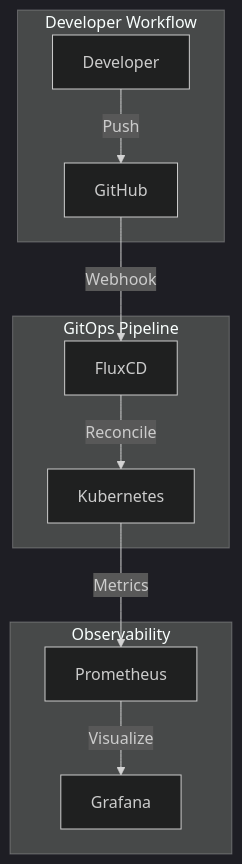
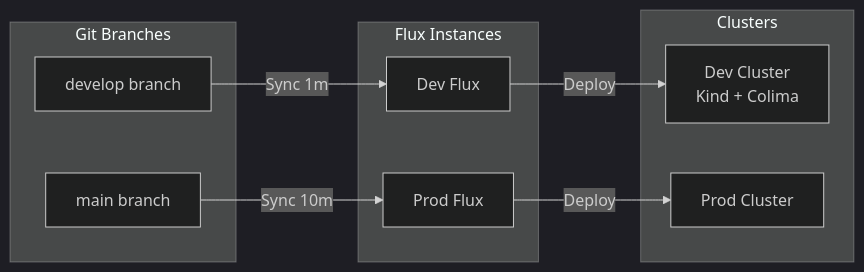
One commit to JiwooL0920/jiwool0920.github.io changed the second of 4 diagrams in docs/projects/fleet-infra/architecture.md. Above: the diagram before and after it, drawn with Mermaid (dark theme). The commit also changed other lines of this file and 3 other files, not shown here.

````diff
--- a/docs/projects/fleet-infra/architecture.md
+++ b/docs/projects/fleet-infra/architecture.md
@@ -5,16 +60,20 @@
 ```mermaid
-graph TB
-    subgraph "Developer Workflow"
-        DEV[Developer] -->|Push| GH[GitHub]
+flowchart LR
+    subgraph "Git Branches"
+        DEV_BR[develop branch]
+        MAIN_BR[main branch]
     end
-    
-    subgraph "GitOps Pipeline"
-        GH -->|Webhook| FLUX[FluxCD]
-        FLUX -->|Reconcile| K8S[Kubernetes]
+
+    subgraph "Flux Instances"
+        DEV_FLUX[Dev Flux]
+        PROD_FLUX[Prod Flux]
     end
-    
-    subgraph "Observability"
-        K8S -->|Metrics| PROM[Prometheus]
-        PROM -->|Visualize| GRAF[Grafana]
+
+    subgraph "Clusters"
+        DEV_K8S[Dev Cluster<br/>Kind + Colima]
+        PROD_K8S[Prod Cluster]
     end
+
+    DEV_BR -->|Sync 1m| DEV_FLUX -->|Deploy| DEV_K8S
+    MAIN_BR -->|Sync 10m| PROD_FLUX -->|Deploy| PROD_K8S
 ```
````
